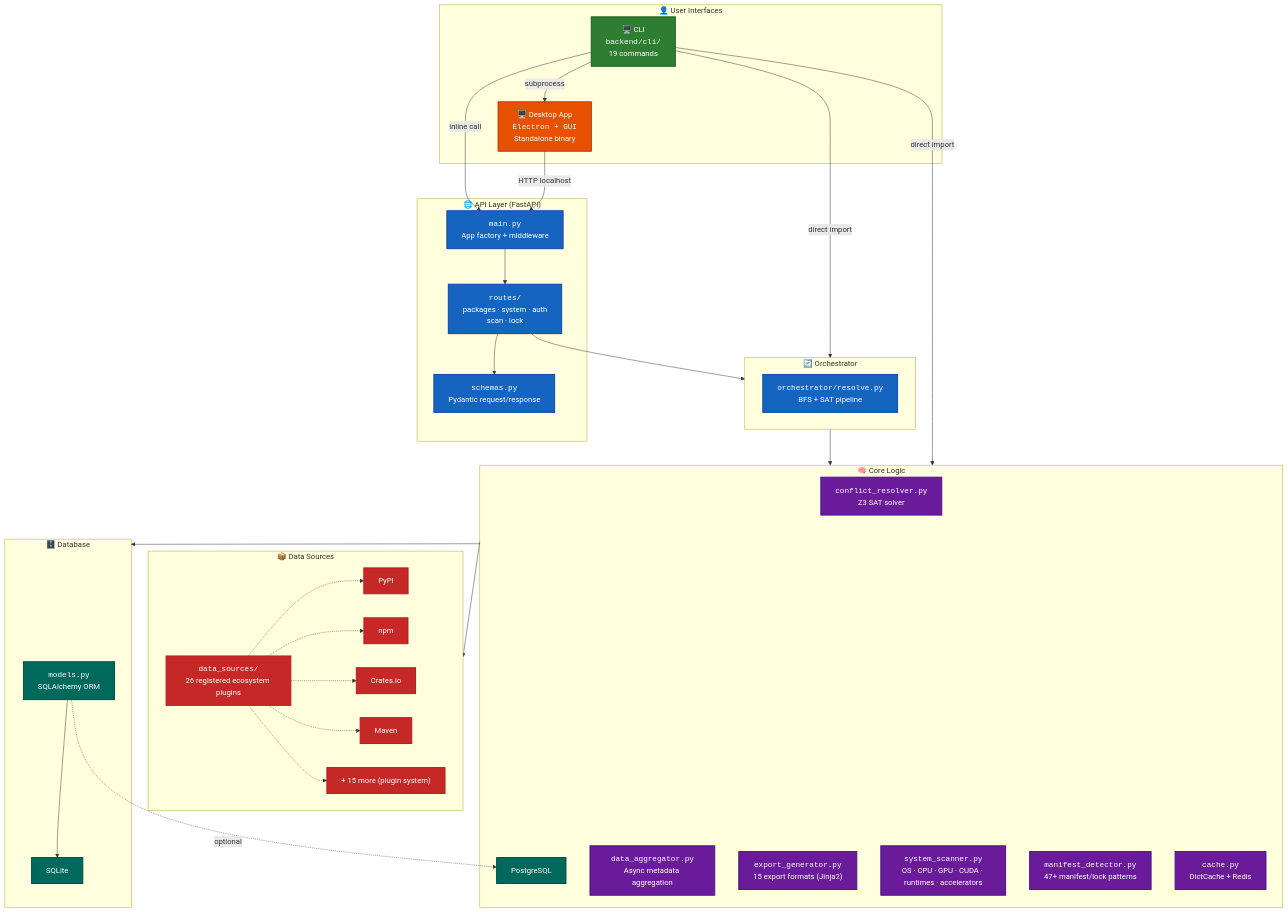
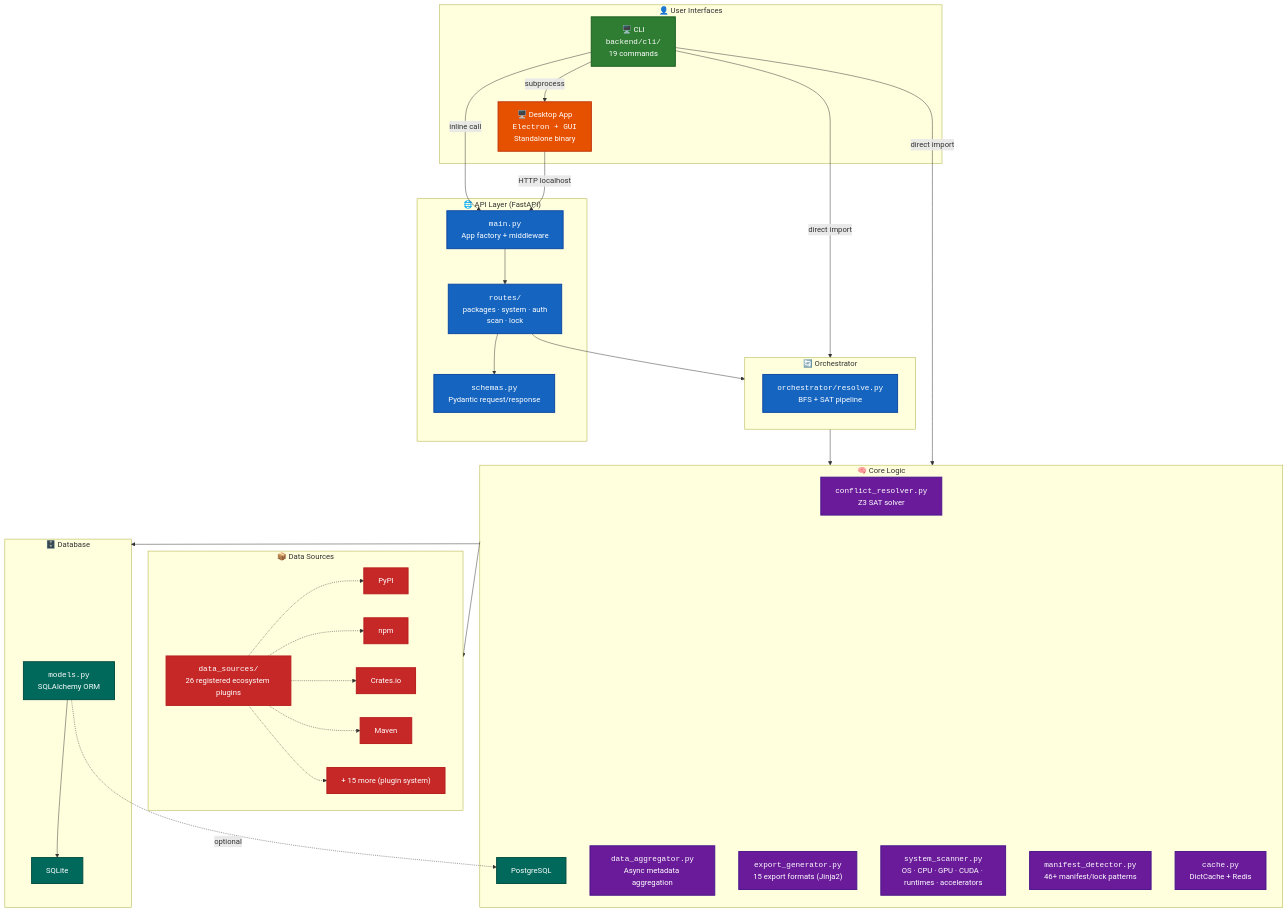
Before and after one commit to code-with-zeeshan/universal-dependency-resolver: the first of 4 diagrams in docs/ARCHITECTURE.md, drawn with Mermaid. The commit also changed other lines of this file and 64 other files, not shown here.

````diff
--- a/docs/ARCHITECTURE.md
+++ b/docs/ARCHITECTURE.md
@@ -3,68 +3,68 @@
 ```mermaid
 graph TB
     subgraph UserLayer["👤 User Interfaces"]
         CLI["🖥️ CLI<br/><code>backend/cli/</code><br/>19 commands"]:::cli
         DESKTOP["🖥️ Desktop App<br/><code>Electron + GUI</code><br/>Standalone binary"]:::desktop
     end
 
     subgraph APILayer["🌐 API Layer (FastAPI)"]
         API_MAIN["<code>main.py</code><br/>App factory + middleware"]:::api
         ROUTES["<code>routes/</code><br/>packages · system · auth<br/>scan · lock"]:::api
         SCHEMAS["<code>schemas.py</code><br/>Pydantic request/response"]:::api
     end
 
     subgraph OrchestratorLayer["🔄 Orchestrator"]
         ORCH["<code>orchestrator/resolve.py</code><br/>BFS + SAT pipeline"]:::api
     end
 
     subgraph CoreLayer["🧠 Core Logic"]
         CR["<code>conflict_resolver.py</code><br/>Z3 SAT solver"]:::core
         PG["<code>pubgrub_solver.py</code><br/>PubGrub solver (Rust-backed)"]:::core
         DA["<code>data_aggregator.py</code><br/>Async metadata aggregation"]:::core
         EG["<code>export_generator.py</code><br/>15 export formats (Jinja2)"]:::core
         SS["<code>system_scanner.py</code><br/>OS · CPU · GPU · CUDA · runtimes · accelerators"]:::core
-        MD["<code>manifest_detector.py</code><br/>47+ manifest/lock patterns"]:::core
+        MD["<code>manifest_detector.py</code><br/>46+ manifest/lock patterns"]:::core
         CACHE["<code>cache.py</code><br/>DictCache + Redis"]:::core
     end
 
     subgraph DataLayer["📦 Data Sources"]
         DS_CLIENTS["<code>data_sources/</code><br/>26 registered ecosystem plugins"]:::data
         PYPI["PyPI"]:::data
         NPM["npm"]:::data
         CRATES["Crates.io"]:::data
         MAVEN["Maven"]:::data
         MORE["+ 15 more (plugin system)"]:::data
     end
 
     subgraph DBLayer["🗄️ Database"]
         MODELS["<code>models.py</code><br/>SQLAlchemy ORM"]:::db
         SQLITE["SQLite"]:::db
         PG["PostgreSQL"]:::db
     end
 
     CLI -->|"subprocess"| DESKTOP
     DESKTOP -->|"HTTP localhost"| API_MAIN
     CLI -->|"inline call"| API_MAIN
     CLI -->|"direct import"| CoreLayer
     API_MAIN --> ROUTES
     ROUTES --> SCHEMAS
     CLI -->|"direct import"| OrchestratorLayer
     ROUTES --> OrchestratorLayer
     OrchestratorLayer --> CoreLayer
     CoreLayer --> DataLayer
     CoreLayer --> DBLayer
     DS_CLIENTS -.-> PYPI
     DS_CLIENTS -.-> NPM
     DS_CLIENTS -.-> CRATES
     DS_CLIENTS -.-> MAVEN
     DS_CLIENTS -.-> MORE
     MODELS --> SQLITE
     MODELS -.->|"optional"| PG
 
     classDef cli fill:#2e7d32,color:#fff,stroke:#1b5e20,stroke-width:2px
     classDef desktop fill:#e65100,color:#fff,stroke:#bf360c,stroke-width:2px
     classDef api fill:#1565c0,color:#fff,stroke:#0d47a1,stroke-width:2px
     classDef core fill:#6a1b9a,color:#fff,stroke:#4a148c,stroke-width:2px
     classDef data fill:#c62828,color:#fff,stroke:#b71c1c,stroke-width:2px
     classDef db fill:#00695c,color:#fff,stroke:#004d40,stroke-width:2px
 ```
````
